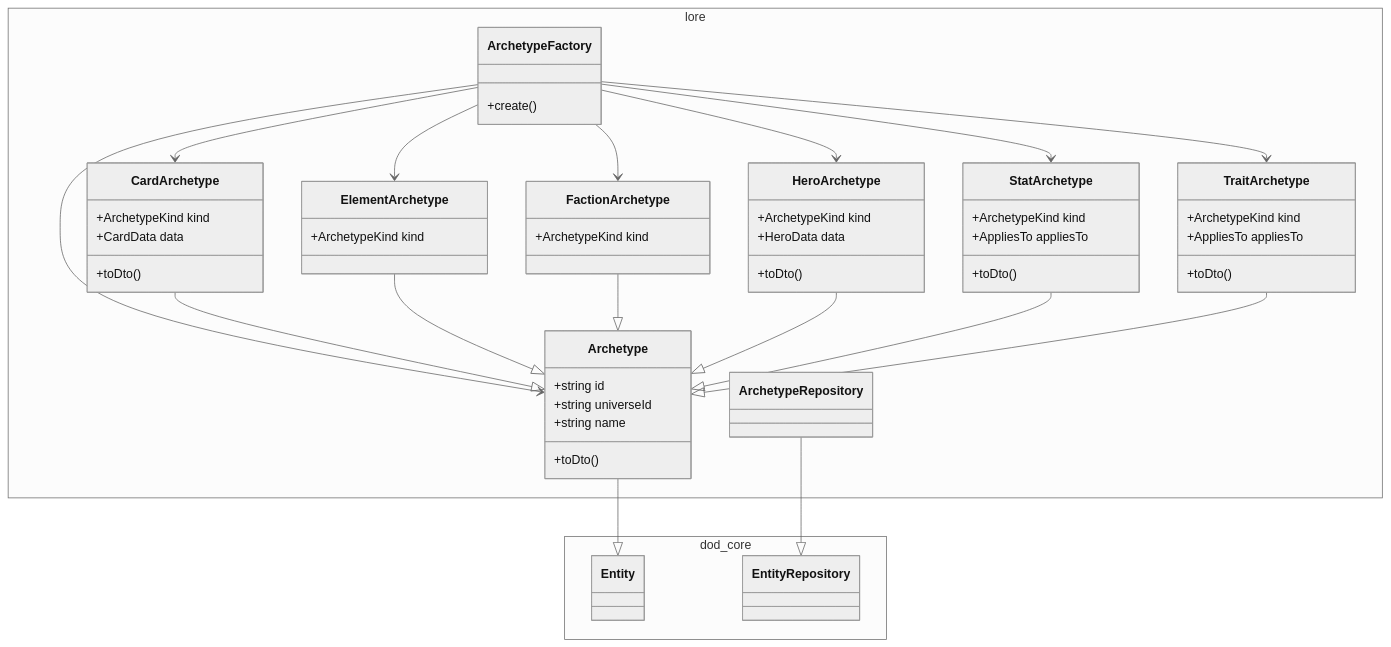
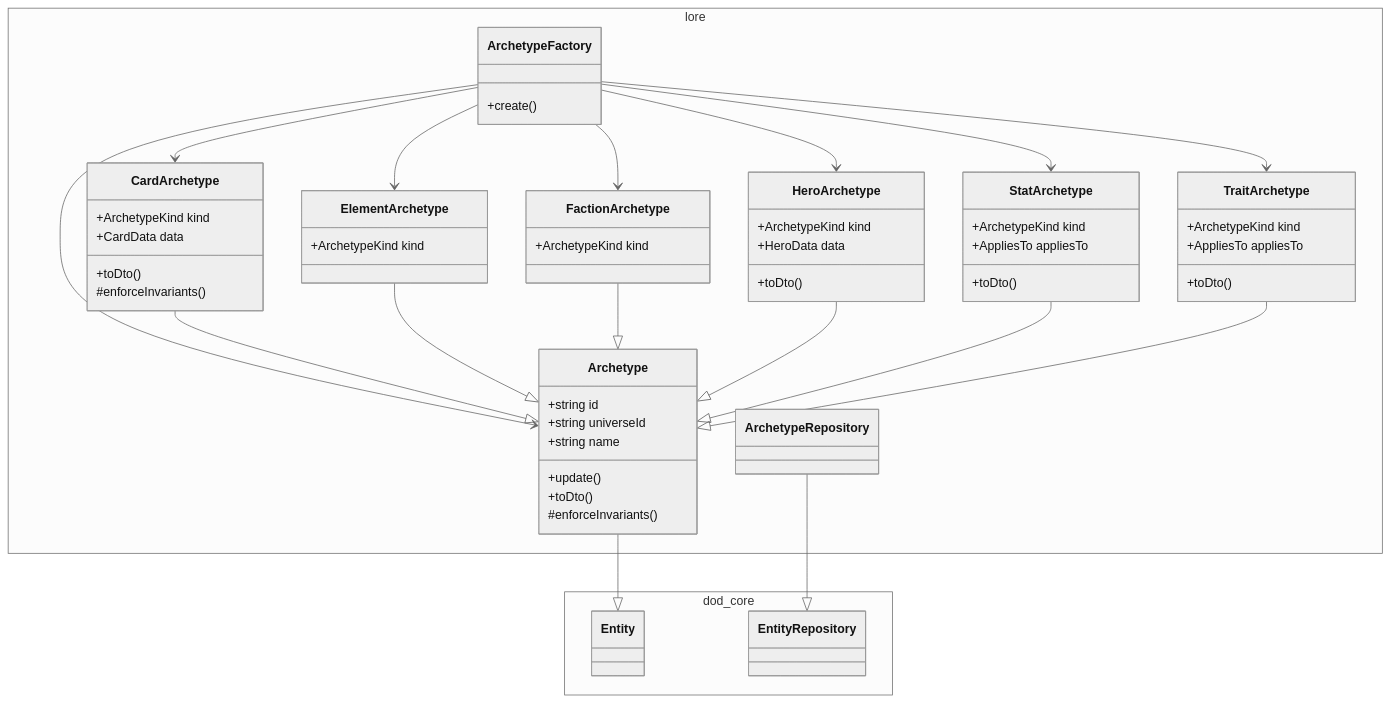
Before and after one commit to pslotinsky/decay-of-magic: the first of 2 diagrams in realms/codex/README.md, drawn with Mermaid (neutral theme). The commit also changed 173 other files, not shown here.

````diff
--- a/realms/codex/README.md
+++ b/realms/codex/README.md
@@ -104,61 +104,64 @@
 ```mermaid
 classDiagram
   namespace lore {
     class ArchetypeFactory {
       +create()
     }
     class Archetype {
       +string id
       +string universeId
       +string name
+      +update()
       +toDto()
+      #enforceInvariants()
     }
     class CardArchetype {
       +ArchetypeKind kind
       +CardData data
       +toDto()
+      #enforceInvariants()
     }
     class ElementArchetype {
       +ArchetypeKind kind
     }
     class FactionArchetype {
       +ArchetypeKind kind
     }
     class HeroArchetype {
       +ArchetypeKind kind
       +HeroData data
       +toDto()
     }
     class StatArchetype {
       +ArchetypeKind kind
       +AppliesTo appliesTo
       +toDto()
     }
     class TraitArchetype {
       +ArchetypeKind kind
       +AppliesTo appliesTo
       +toDto()
     }
     class ArchetypeRepository
   }
   namespace dod_core {
     class Entity
     class EntityRepository
   }
 
   ArchetypeFactory --> Archetype
   ArchetypeFactory --> CardArchetype
   ArchetypeFactory --> ElementArchetype
   ArchetypeFactory --> FactionArchetype
   ArchetypeFactory --> HeroArchetype
   ArchetypeFactory --> StatArchetype
   ArchetypeFactory --> TraitArchetype
   Archetype --|> Entity
   CardArchetype --|> Archetype
   ElementArchetype --|> Archetype
   FactionArchetype --|> Archetype
   HeroArchetype --|> Archetype
   StatArchetype --|> Archetype
   TraitArchetype --|> Archetype
   ArchetypeRepository --|> EntityRepository
 ```
````
